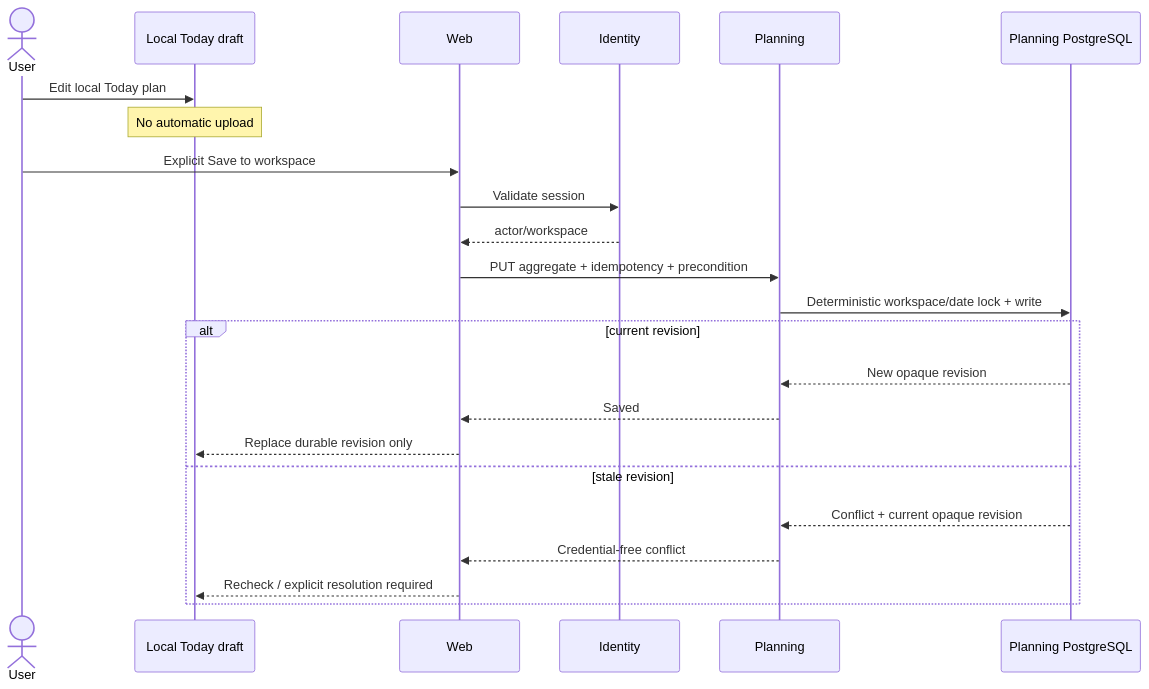
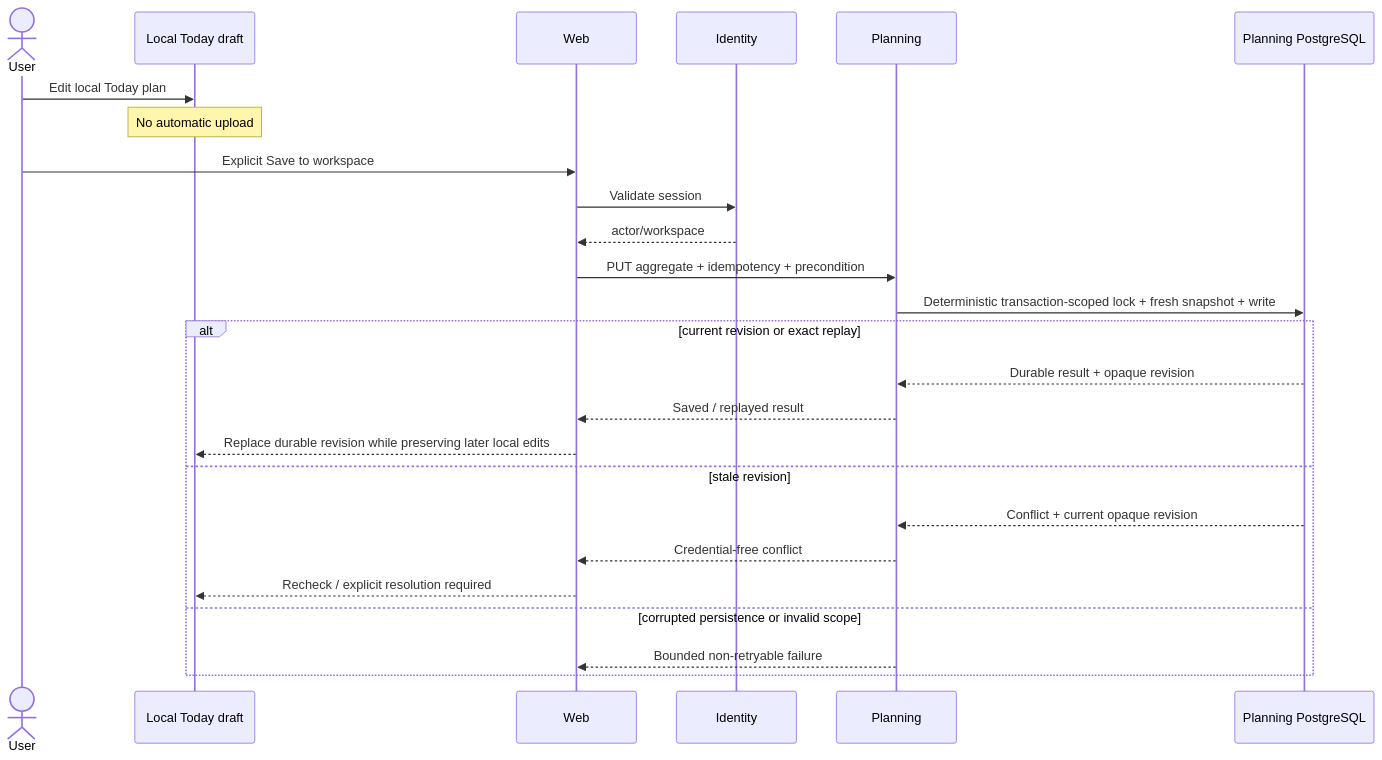
Before and after one commit to ContextualWisdomLab/life-os: the fourth of 14 diagrams in docs/UML.md, drawn with Mermaid. The commit also changed other lines of this file, not shown here.

Commit message:
docs: mark durable Today journey protected main

````diff
--- a/docs/UML.md
+++ b/docs/UML.md
@@ -95,26 +95,28 @@
 ```mermaid
 sequenceDiagram
     actor User
     participant Browser as Local Today draft
     participant Web
     participant Identity
     participant Planning
     participant Pg as Planning PostgreSQL
 
     User->>Browser: Edit local Today plan
     Note over Browser: No automatic upload
     User->>Web: Explicit Save to workspace
     Web->>Identity: Validate session
     Identity-->>Web: actor/workspace
     Web->>Planning: PUT aggregate + idempotency + precondition
-    Planning->>Pg: Deterministic workspace/date lock + write
-    alt current revision
-        Pg-->>Planning: New opaque revision
-        Planning-->>Web: Saved
-        Web-->>Browser: Replace durable revision only
+    Planning->>Pg: Deterministic transaction-scoped lock + fresh snapshot + write
+    alt current revision or exact replay
+        Pg-->>Planning: Durable result + opaque revision
+        Planning-->>Web: Saved / replayed result
+        Web-->>Browser: Replace durable revision while preserving later local edits
     else stale revision
         Pg-->>Planning: Conflict + current opaque revision
         Planning-->>Web: Credential-free conflict
         Web-->>Browser: Recheck / explicit resolution required
+    else corrupted persistence or invalid scope
+        Planning-->>Web: Bounded non-retryable failure
     end
 ```
````
